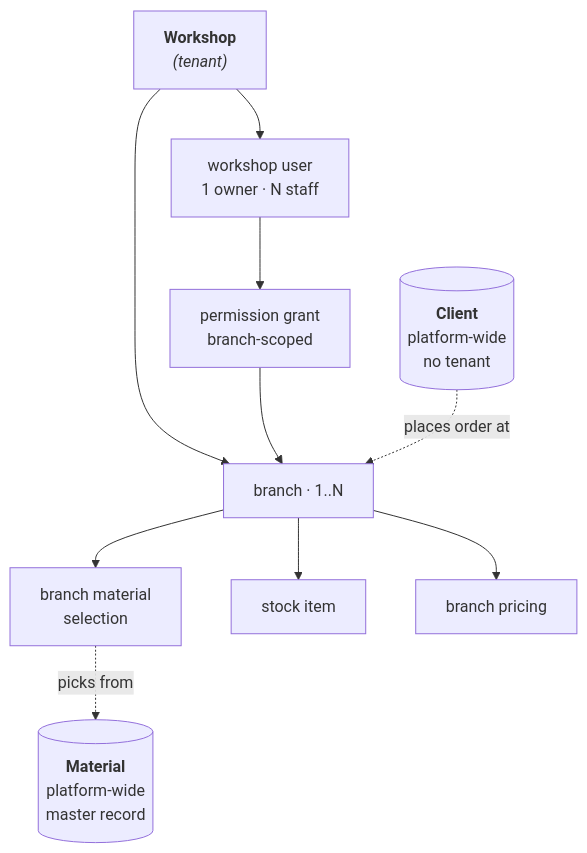
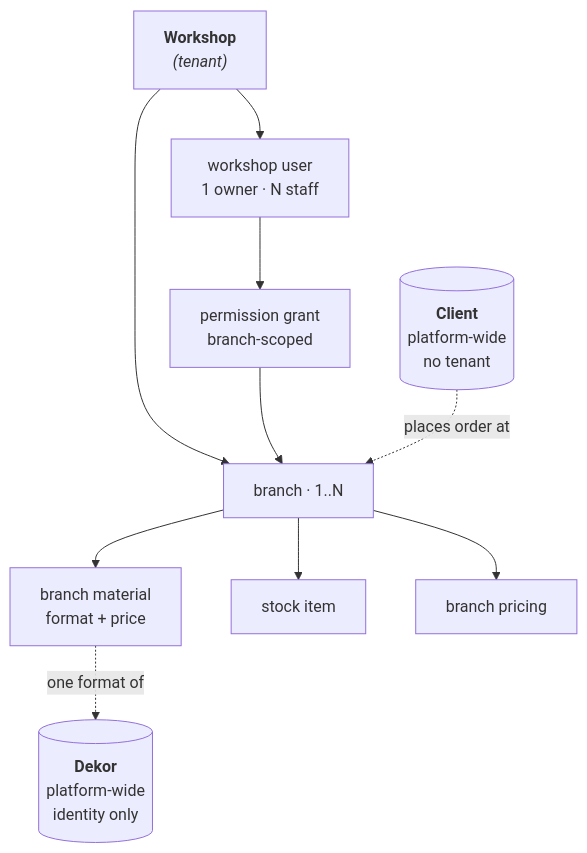
One commit to qadam-uz/mebel-pro changed the diagram in docs/access-patterns.md. Above: the diagram before and after it, drawn with Mermaid. The commit also changed other lines of this file and 144 other files, not shown here.

````diff
--- a/docs/access-patterns.md
+++ b/docs/access-patterns.md
@@ -92,24 +92,24 @@
   ```mermaid
   flowchart TD
-      M[("<b>Material</b><br/>platform-wide<br/>master record")]
+      D[("<b>Dekor</b><br/>platform-wide<br/>identity only")]
       Cl[("<b>Client</b><br/>platform-wide<br/>no tenant")]
 
       W["<b>Workshop</b><br/><i>(tenant)</i>"]
       WU["workshop user<br/>1 owner · N staff"]
       PG["permission grant<br/>branch-scoped"]
       B["branch · 1..N"]
-      BMS["branch material<br/>selection"]
+      BM["branch material<br/>format + price"]
       SI["stock item"]
       BP["branch pricing"]
 
       W --> WU
       W --> B
       WU --> PG
       PG --> B
-      B --> BMS
+      B --> BM
       B --> SI
       B --> BP
 
-      BMS -.->|picks from| M
+      BM -.->|one format of| D
       Cl -.->|places order at| B
   ```
````
